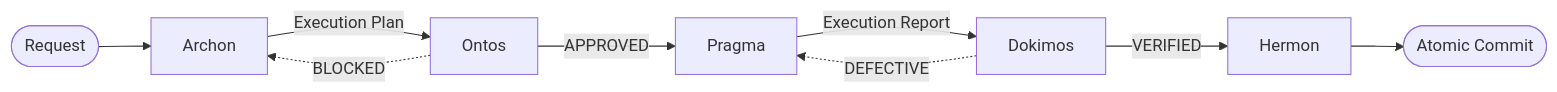
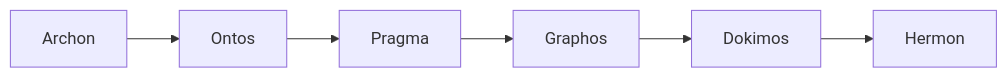
One commit to ancrz/pipeline-agentic changed the diagram in README.md. Above: the diagram before and after it, drawn with Mermaid. The commit also changed 6 other files, not shown here.

First line of the commit message:
feat(orchestrator): implement Mermaid graphs for pipeline visualization

````diff
--- a/README.md
+++ b/README.md
@@ -17,11 +17,4 @@
 ```mermaid
 flowchart LR
-    Request([Request]) --> Archon
-    Archon -->|Execution Plan| Ontos
-    Ontos -->|APPROVED| Pragma
-    Ontos -.->|BLOCKED| Archon
-    Pragma -->|Execution Report| Dokimos
-    Dokimos -->|VERIFIED| Hermon
-    Dokimos -.->|DEFECTIVE| Pragma
-    Hermon --> Commit([Atomic Commit])
+    Archon --> Ontos --> Pragma --> Graphos --> Dokimos --> Hermon
 ```
````
